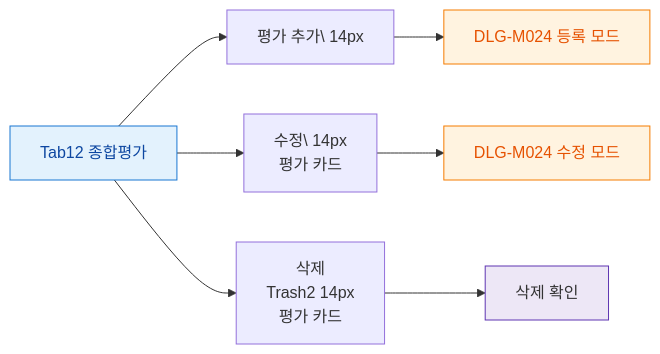
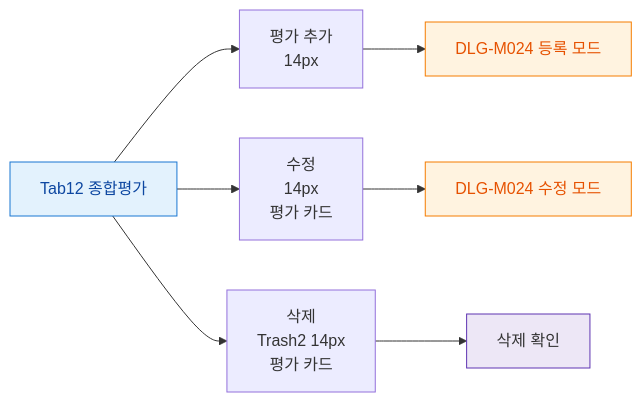
One commit to dev-spogym/admin-pando changed the diagram in docs/admin/다이어그램/D02_회원관리/SCR-M004_회원상세/Tab12_종합평가/F3_버튼액션.md. Above: the diagram before and after it, drawn with Mermaid. The commit also changed 369 other files, not shown here.

````diff
--- a/docs/admin/다이어그램/D02_회원관리/SCR-M004_회원상세/Tab12_종합평가/F3_버튼액션.md
+++ b/docs/admin/다이어그램/D02_회원관리/SCR-M004_회원상세/Tab12_종합평가/F3_버튼액션.md
@@ -20,17 +20,17 @@
 ```mermaid
 flowchart LR
-  TAB[Tab12 종합평가] --> B1[평가 추가\ 14px]
-  TAB --> B2[수정\ 14px\n평가 카드]
+  TAB[Tab12 종합평가] --> B1[평가 추가<br/> 14px]
+  TAB --> B2[수정<br/> 14px\n평가 카드]
   TAB --> B3[삭제\nTrash2 14px\n평가 카드]
 
   B1 --> DLG_M024[DLG-M024 등록 모드]
   B2 --> EDIT_DLG[DLG-M024 수정 모드]
   B3 --> DEL_CONFIRM[삭제 확인]
 
   classDef screen fill:#E3F2FD,stroke:#1976D2,color:#0D47A1
   classDef modal fill:#FFF3E0,stroke:#F57C00,color:#E65100
   classDef system fill:#EDE7F6,stroke:#5E35B2
   class TAB screen
   class DLG_M024,EDIT_DLG modal
   class DEL_CONFIRM system
 ```
````
